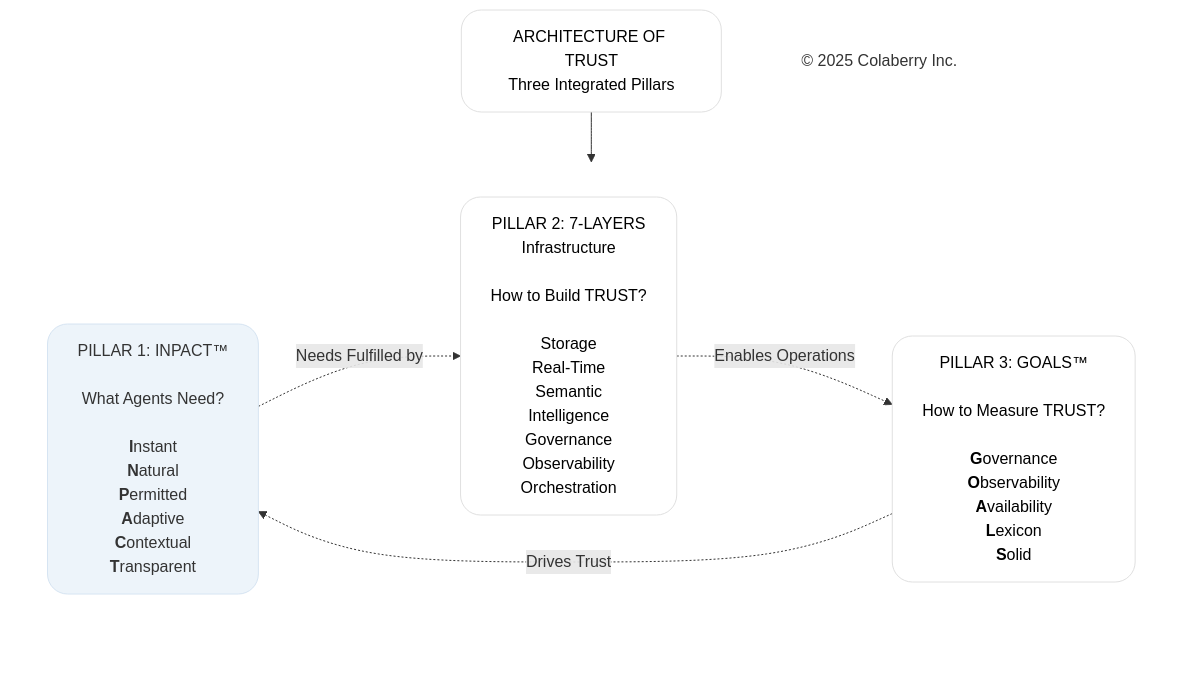
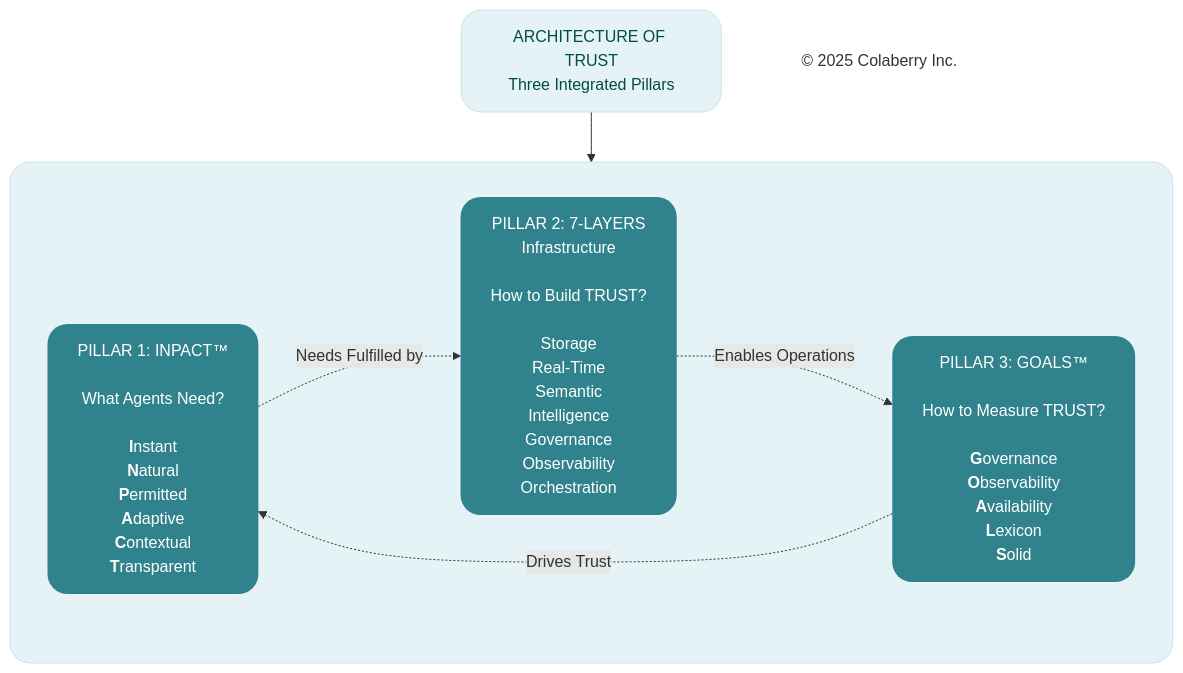
One commit to saitejesh-cyber/trust-before-intelligence-book changed the diagram in mermaid-source/figure-2-1.mmd. Above: the diagram before and after it, drawn with Mermaid. The commit also changed other lines of this file and 6 other files, not shown here.

Commit message:
Fix Ram feedback on core Chapter 0-2 palette diagrams

```diff
--- a/mermaid-source/figure-2-1.mmd
+++ b/mermaid-source/figure-2-1.mmd
@@ -1,28 +1,28 @@
 
 
 graph TB
     Title["ARCHITECTURE OF TRUST<br/>Three Integrated Pillars"]
     
     subgraph PILLARS[" "]
         direction LR
         INPACT["PILLAR 1: INPACT™<br/><br/>What Agents Need?<br/><br/><b>I</b>nstant<br/><b>N</b>atural<br/><b>P</b>ermitted<br/><b>A</b>daptive<br/><b>C</b>ontextual<br/><b>T</b>ransparent"]
         
         Layers["PILLAR 2: 7-LAYERS<br/>Infrastructure<br/><br/>How to Build TRUST?<br/><br/>Storage<br/>Real-Time<br/>Semantic<br/>Intelligence<br/>Governance<br/>Observability<br/>Orchestration"]
         
         GOALS["PILLAR 3: GOALS™<br/><br/>How to Measure TRUST?<br/><br/><b>G</b>overnance<br/><b>O</b>bservability<br/><b>A</b>vailability<br/><b>L</b>exicon<br/><b>S</b>olid"]
     end
     
     Copyright["© 2025 Colaberry Inc."]
     
     Title --> PILLARS
     
     INPACT -.->|"Needs Fulfilled by"| Layers
     Layers -.->|"Enables Operations"| GOALS
     GOALS -.->|"Drives Trust"| INPACT
     
-    style Title fill:#ffffff,stroke:#e0e0e0,stroke-width:1px,color:#000000,rx:20,ry:20
-    style PILLARS fill:none,stroke:none
-        style INPACT fill:#edf4fa,stroke:#d6e4f2,stroke-width:1px,color:#333333,rx:20,ry:20
-        style Layers fill:#ffffff,stroke:#e0e0e0,stroke-width:1px,color:#000000,rx:20,ry:20
-        style GOALS fill:#ffffff,stroke:#e0e0e0,stroke-width:1px,color:#000000,rx:20,ry:20
+    style Title fill:#e6f3f6,stroke:#c7e3ea,stroke-width:1px,color:#004d40,rx:20,ry:20
+    style PILLARS fill:#e6f3f6,stroke:#c7e3ea,stroke-width:1px,color:#004d40,rx:20,ry:20
+        style INPACT fill:#30838C,stroke:none,color:#ffffff,rx:20,ry:20
+        style Layers fill:#30838C,stroke:none,color:#ffffff,rx:20,ry:20
+        style GOALS fill:#30838C,stroke:none,color:#ffffff,rx:20,ry:20
     style Copyright fill:none,stroke:none,color:#333333
```
